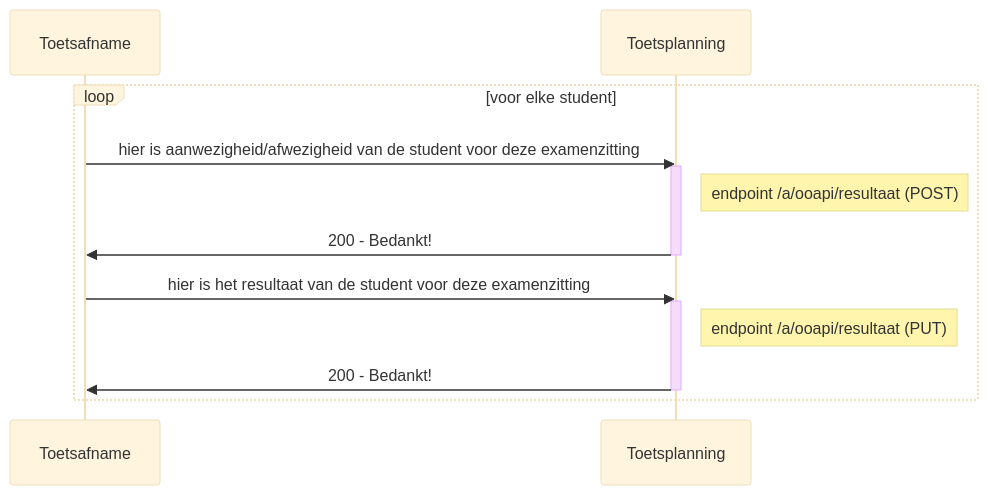
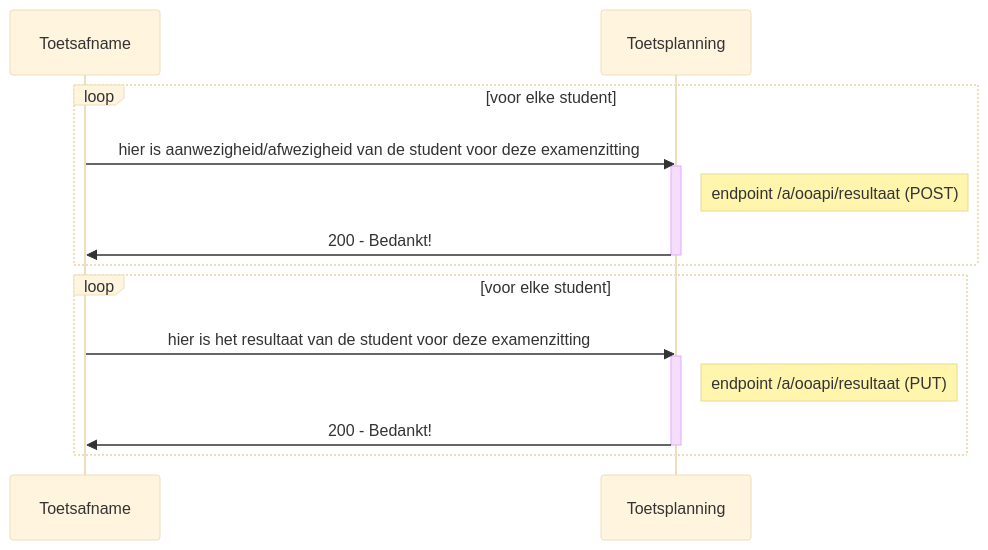
One commit to NetwerkExamineringDigitalisering/NED-OOAPI changed the second of 2 diagrams in doc/diagrams/flow3.md. Above: the diagram before and after it, drawn with Mermaid (base theme).

````diff
--- a/doc/diagrams/flow3.md
+++ b/doc/diagrams/flow3.md
@@ -19,15 +19,17 @@
 ```mermaid
 sequenceDiagram
     loop voor elke student
       Toetsafname->>Toetsplanning: hier is aanwezigheid/afwezigheid van de student voor deze examenzitting
       activate Toetsplanning
       Note right of Toetsplanning: endpoint /a/ooapi/resultaat (POST)
       Toetsplanning->>Toetsafname: 200 - Bedankt!
       deactivate Toetsplanning
+   end
+    loop voor elke student
       Toetsafname->>Toetsplanning: hier is het resultaat van de student voor deze examenzitting
       activate Toetsplanning
       Note right of Toetsplanning: endpoint /a/ooapi/resultaat (PUT)
       Toetsplanning->>Toetsafname: 200 - Bedankt!
       deactivate Toetsplanning
    end
 ```
````
